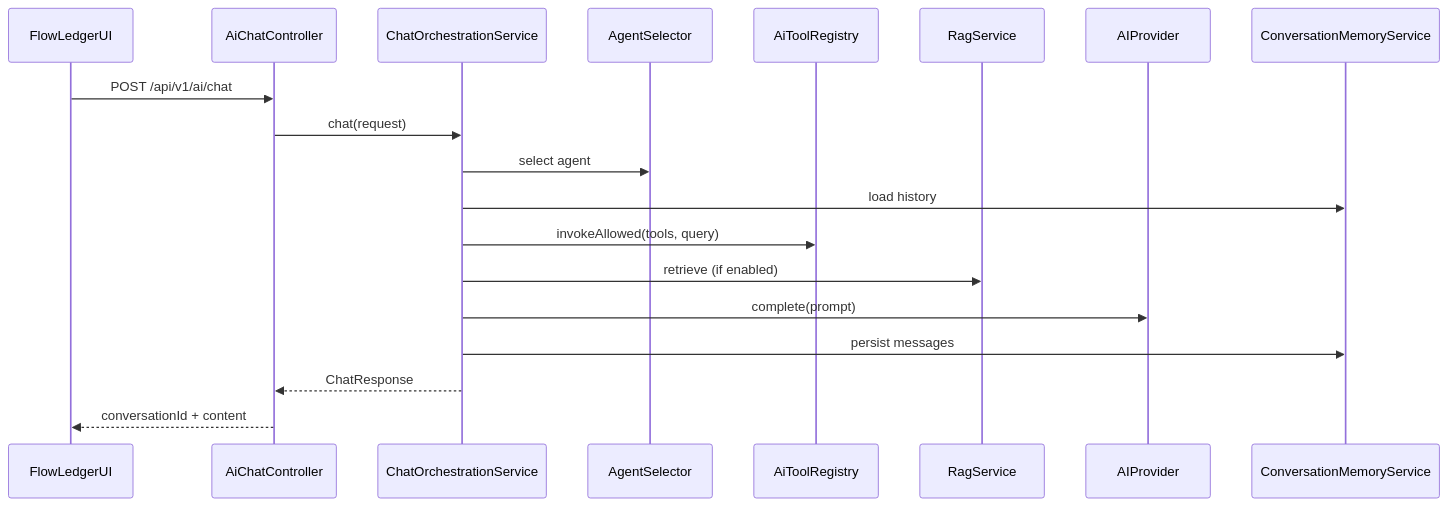
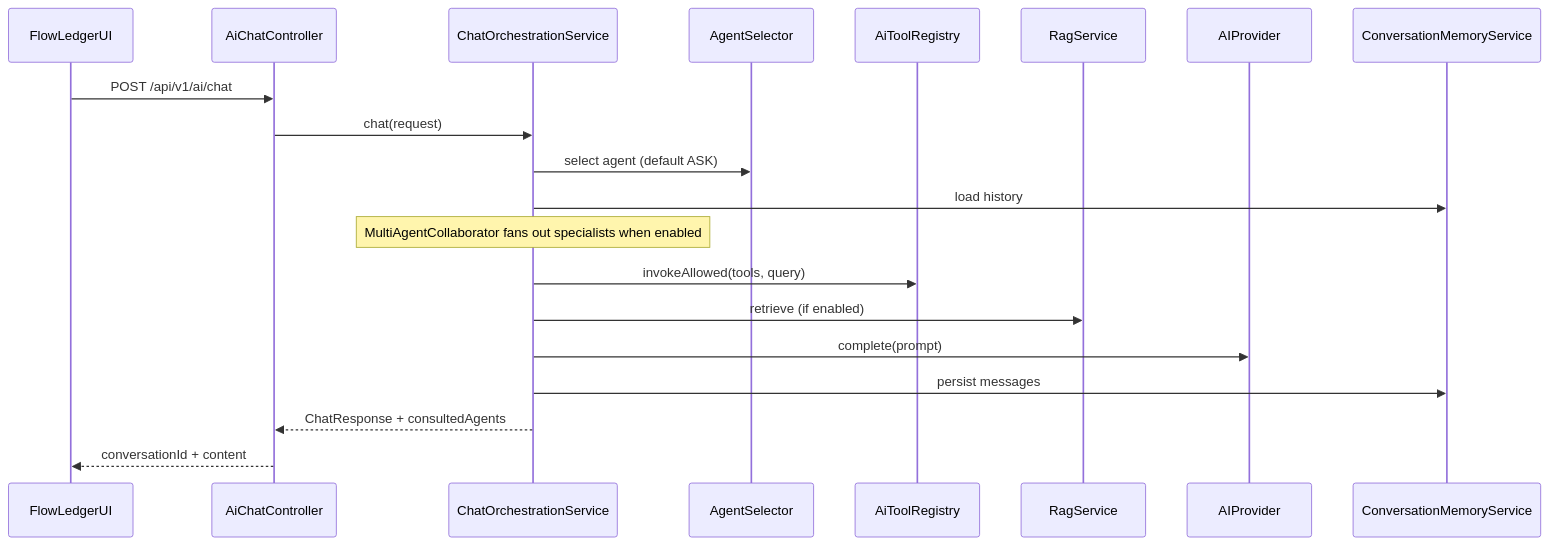
Before and after one commit to defector221/FlowLedgerAPI: the first of 4 diagrams in docs/ai/SEQUENCE.md, drawn with Mermaid. The commit also changed other lines of this file and 105 other files, not shown here.

````diff
--- a/docs/ai/SEQUENCE.md
+++ b/docs/ai/SEQUENCE.md
@@ -5,22 +5,23 @@
 ```mermaid
 sequenceDiagram
   participant UI as FlowLedgerUI
   participant API as AiChatController
   participant Orch as ChatOrchestrationService
   participant Agent as AgentSelector
   participant Tools as AiToolRegistry
   participant RAG as RagService
   participant LLM as AIProvider
   participant Mem as ConversationMemoryService
 
   UI->>API: POST /api/v1/ai/chat
   API->>Orch: chat(request)
-  Orch->>Agent: select agent
+  Orch->>Agent: select agent (default ASK)
   Orch->>Mem: load history
+  Note over Orch: MultiAgentCollaborator fans out specialists when enabled
   Orch->>Tools: invokeAllowed(tools, query)
   Orch->>RAG: retrieve (if enabled)
   Orch->>LLM: complete(prompt)
   Orch->>Mem: persist messages
-  Orch-->>API: ChatResponse
+  Orch-->>API: ChatResponse + consultedAgents
   API-->>UI: conversationId + content
 ```
````
